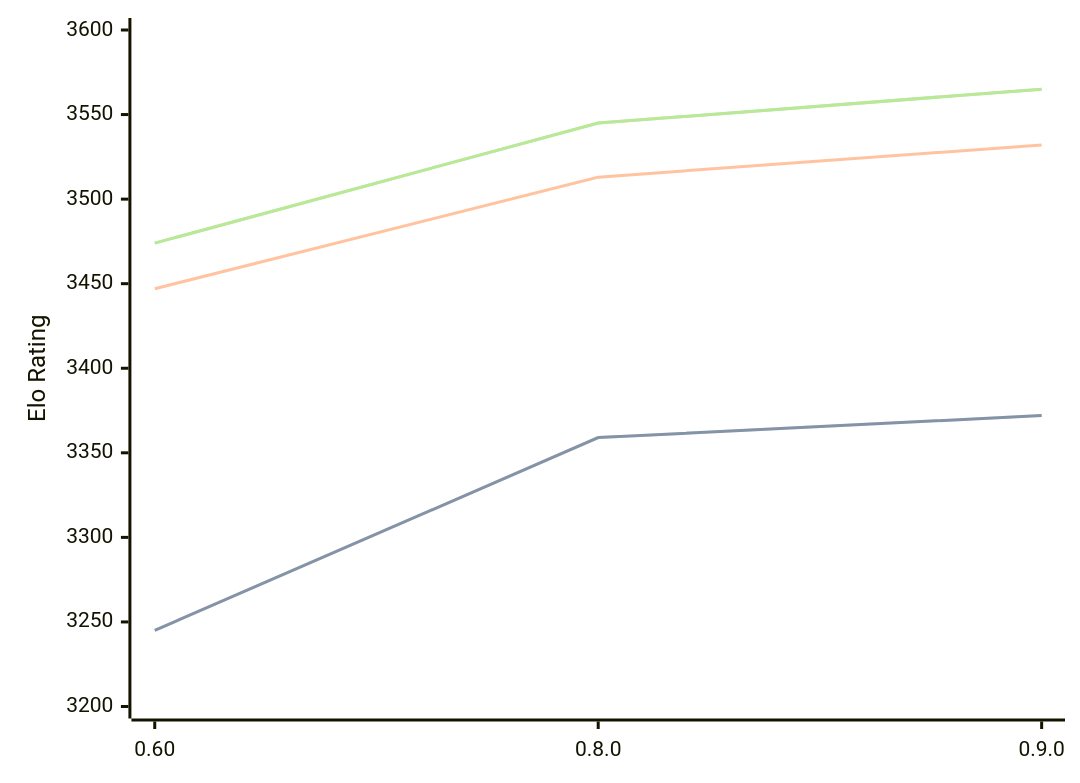
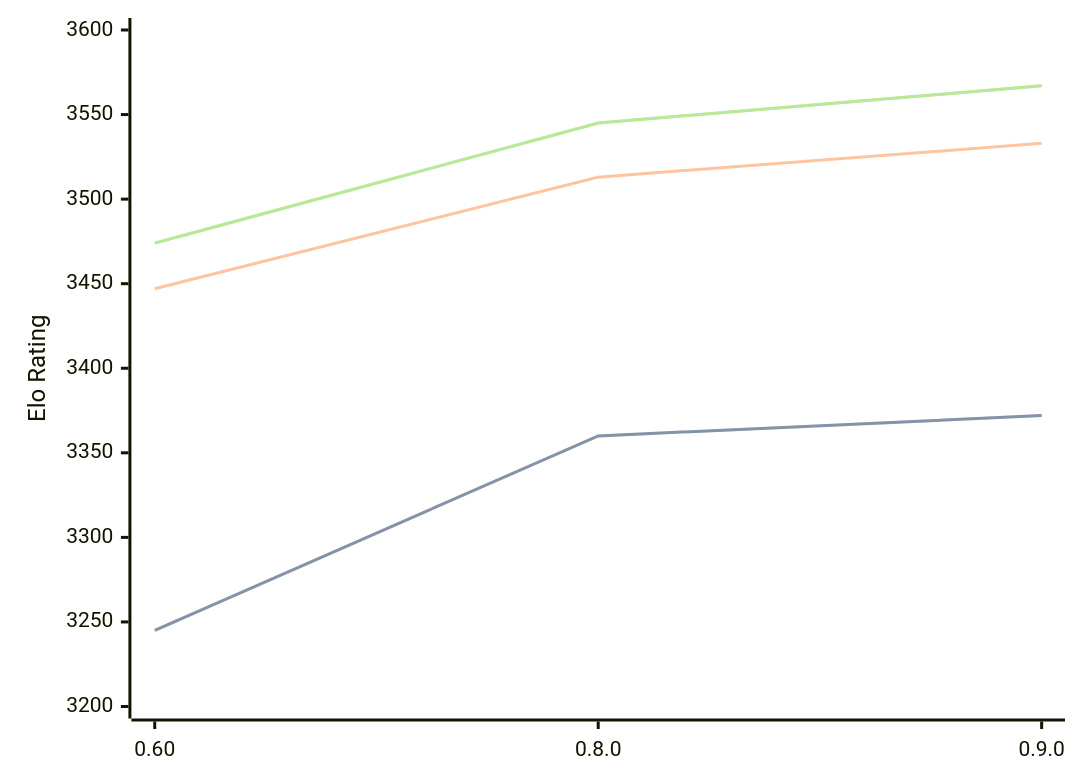
The diagram in engines/Motor.md (computer-chess-index/cci), drawn with Mermaid before and after one commit. The commit also changed other lines of this file, not shown here.

Commit message:
Update CCI Ratings (ELO VLTC) - 2026-03-14

````diff
--- a/engines/Motor.md
+++ b/engines/Motor.md
@@ -37,11 +37,11 @@
 ```mermaid
 %%{init: {"theme":"base","themeVariables":{"seriesColors:['#a3a3a3','#222221','#faa371']}}}%%
 xychart-beta
   x-axis ["0.60", "0.8.0", "0.9.0"]
   y-axis "Elo Rating" 3200 --> 3600
-  line "STC (8.0+0.08s)" [3245, 3359, 3372]
-  line "STC (8.0+0.08s)" [3245, 3359, 3372]
-  line "LTC (60.0+0.60s)" [3447, 3513, 3532]
-  line "VLTC (2m24s+1.12s)" [3474, 3545, 3565]
-  line "VLTC (2m24s+1.12s)" [3474, 3545, 3565]
+  line "STC (8.0+0.08s)" [3245, 3360, 3372]
+  line "STC (8.0+0.08s)" [3245, 3360, 3372]
+  line "LTC (60.0+0.60s)" [3447, 3513, 3533]
+  line "VLTC (2m24s+1.12s)" [3474, 3545, 3567]
+  line "VLTC (2m24s+1.12s)" [3474, 3545, 3567]
 ```
````
